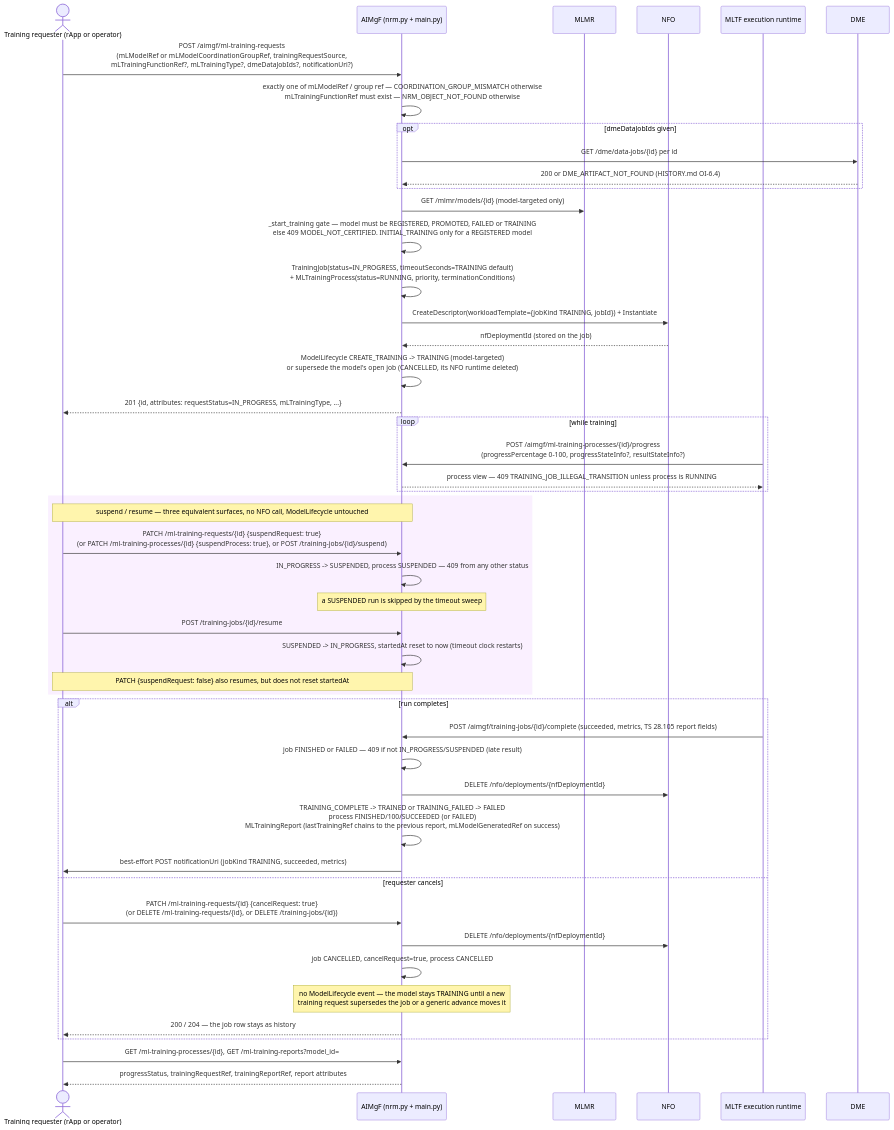
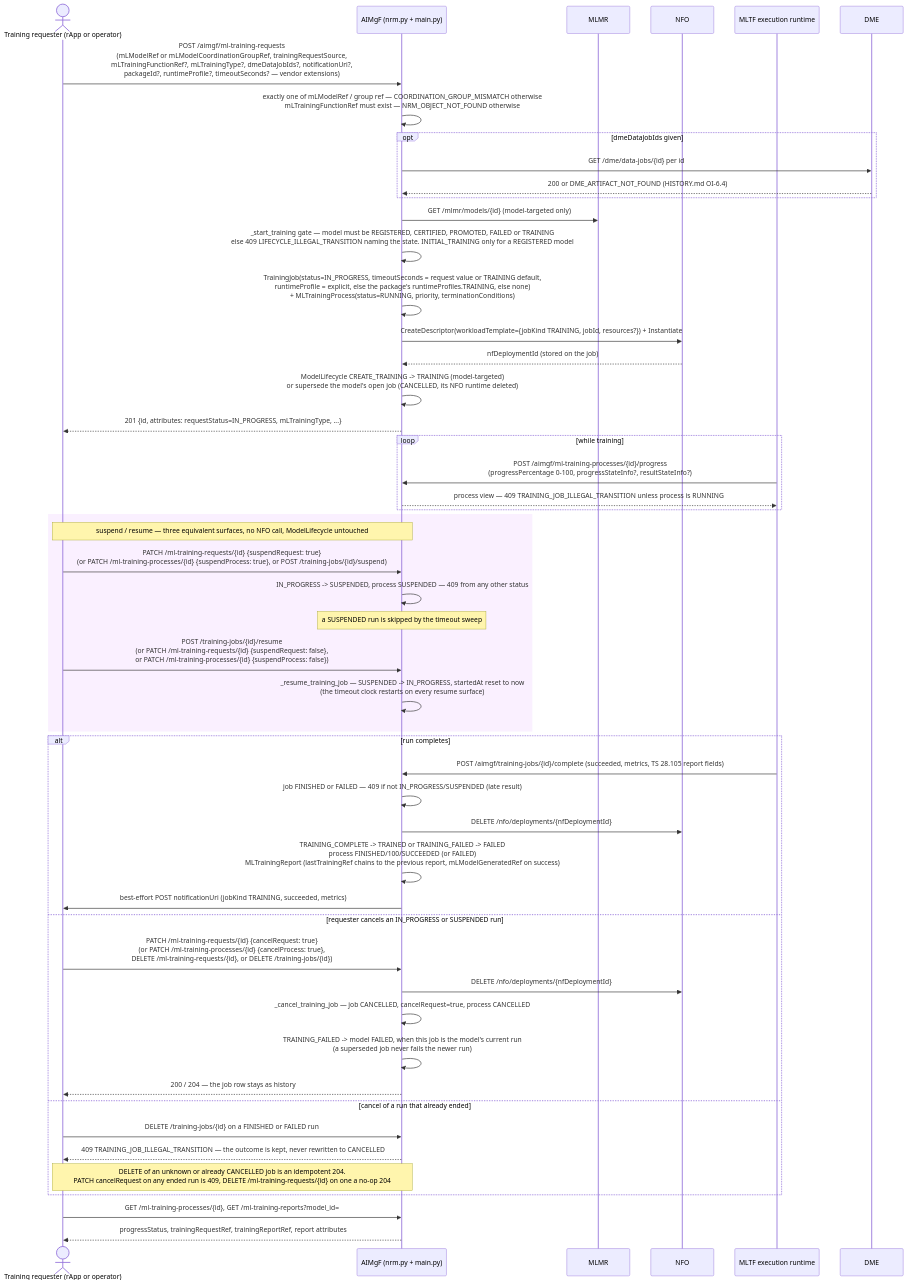
The first of 4 diagrams in smo/docs/call-flows/27-ts28105-provisioning-resources.md (rsys-bshankar/ai-ran-ref), drawn with Mermaid before and after one commit. The commit also changed other lines of this file and 46 other files, not shown here.

````diff
--- a/smo/docs/call-flows/27-ts28105-provisioning-resources.md
+++ b/smo/docs/call-flows/27-ts28105-provisioning-resources.md
@@ -25,55 +25,58 @@
 ```mermaid
 sequenceDiagram
     actor Requester as Training requester (rApp or operator)
     participant AIMgF as AIMgF (nrm.py + main.py)
     participant MLMR as MLMR
     participant NFO as NFO
     participant MLTF as MLTF execution runtime
     participant DME as DME
 
-    Requester->>AIMgF: POST /aimgf/ml-training-requests<br/>(mLModelRef or mLModelCoordinationGroupRef, trainingRequestSource,<br/>mLTrainingFunctionRef?, mLTrainingType?, dmeDataJobIds?, notificationUri?)
+    Requester->>AIMgF: POST /aimgf/ml-training-requests<br/>(mLModelRef or mLModelCoordinationGroupRef, trainingRequestSource,<br/>mLTrainingFunctionRef?, mLTrainingType?, dmeDataJobIds?, notificationUri?,<br/>packageId?, runtimeProfile?, timeoutSeconds? — vendor extensions)
     AIMgF->>AIMgF: exactly one of mLModelRef / group ref — COORDINATION_GROUP_MISMATCH otherwise<br/>mLTrainingFunctionRef must exist — NRM_OBJECT_NOT_FOUND otherwise
     opt dmeDataJobIds given
         AIMgF->>DME: GET /dme/data-jobs/{id} per id
         DME-->>AIMgF: 200 or DME_ARTIFACT_NOT_FOUND (HISTORY.md OI-6.4)
     end
     AIMgF->>MLMR: GET /mlmr/models/{id} (model-targeted only)
-    AIMgF->>AIMgF: _start_training gate — model must be REGISTERED, PROMOTED, FAILED or TRAINING<br/>else 409 MODEL_NOT_CERTIFIED. INITIAL_TRAINING only for a REGISTERED model
-    AIMgF->>AIMgF: TrainingJob(status=IN_PROGRESS, timeoutSeconds=TRAINING default)<br/>+ MLTrainingProcess(status=RUNNING, priority, terminationConditions)
-    AIMgF->>NFO: CreateDescriptor(workloadTemplate={jobKind TRAINING, jobId}) + Instantiate
+    AIMgF->>AIMgF: _start_training gate — model must be REGISTERED, CERTIFIED, PROMOTED, FAILED or TRAINING<br/>else 409 LIFECYCLE_ILLEGAL_TRANSITION naming the state. INITIAL_TRAINING only for a REGISTERED model
+    AIMgF->>AIMgF: TrainingJob(status=IN_PROGRESS, timeoutSeconds = request value or TRAINING default,<br/>runtimeProfile = explicit, else the package's runtimeProfiles.TRAINING, else none)<br/>+ MLTrainingProcess(status=RUNNING, priority, terminationConditions)
+    AIMgF->>NFO: CreateDescriptor(workloadTemplate={jobKind TRAINING, jobId, resources?}) + Instantiate
     NFO-->>AIMgF: nfDeploymentId (stored on the job)
     AIMgF->>AIMgF: ModelLifecycle CREATE_TRAINING -> TRAINING (model-targeted)<br/>or supersede the model's open job (CANCELLED, its NFO runtime deleted)
     AIMgF-->>Requester: 201 {id, attributes: requestStatus=IN_PROGRESS, mLTrainingType, ...}
 
     loop while training
         MLTF->>AIMgF: POST /aimgf/ml-training-processes/{id}/progress<br/>(progressPercentage 0-100, progressStateInfo?, resultStateInfo?)
         AIMgF-->>MLTF: process view — 409 TRAINING_JOB_ILLEGAL_TRANSITION unless process is RUNNING
     end
 
     rect rgb(250, 240, 255)
     Note over Requester,AIMgF: suspend / resume — three equivalent surfaces, no NFO call, ModelLifecycle untouched
     Requester->>AIMgF: PATCH /ml-training-requests/{id} {suspendRequest: true}<br/>(or PATCH /ml-training-processes/{id} {suspendProcess: true}, or POST /training-jobs/{id}/suspend)
     AIMgF->>AIMgF: IN_PROGRESS -> SUSPENDED, process SUSPENDED — 409 from any other status
     Note over AIMgF: a SUSPENDED run is skipped by the timeout sweep
-    Requester->>AIMgF: POST /training-jobs/{id}/resume
-    AIMgF->>AIMgF: SUSPENDED -> IN_PROGRESS, startedAt reset to now (timeout clock restarts)
-    Note over Requester,AIMgF: PATCH {suspendRequest: false} also resumes, but does not reset startedAt
+    Requester->>AIMgF: POST /training-jobs/{id}/resume<br/>(or PATCH /ml-training-requests/{id} {suspendRequest: false},<br/>or PATCH /ml-training-processes/{id} {suspendProcess: false})
+    AIMgF->>AIMgF: _resume_training_job — SUSPENDED -> IN_PROGRESS, startedAt reset to now<br/>(the timeout clock restarts on every resume surface)
     end
 
     alt run completes
         MLTF->>AIMgF: POST /aimgf/training-jobs/{id}/complete (succeeded, metrics, TS 28.105 report fields)
         AIMgF->>AIMgF: job FINISHED or FAILED — 409 if not IN_PROGRESS/SUSPENDED (late result)
         AIMgF->>NFO: DELETE /nfo/deployments/{nfDeploymentId}
         AIMgF->>AIMgF: TRAINING_COMPLETE -> TRAINED or TRAINING_FAILED -> FAILED<br/>process FINISHED/100/SUCCEEDED (or FAILED)<br/>MLTrainingReport (lastTrainingRef chains to the previous report, mLModelGeneratedRef on success)
         AIMgF->>Requester: best-effort POST notificationUri (jobKind TRAINING, succeeded, metrics)
-    else requester cancels
-        Requester->>AIMgF: PATCH /ml-training-requests/{id} {cancelRequest: true}<br/>(or DELETE /ml-training-requests/{id}, or DELETE /training-jobs/{id})
+    else requester cancels an IN_PROGRESS or SUSPENDED run
+        Requester->>AIMgF: PATCH /ml-training-requests/{id} {cancelRequest: true}<br/>(or PATCH /ml-training-processes/{id} {cancelProcess: true},<br/>DELETE /ml-training-requests/{id}, or DELETE /training-jobs/{id})
         AIMgF->>NFO: DELETE /nfo/deployments/{nfDeploymentId}
-        AIMgF->>AIMgF: job CANCELLED, cancelRequest=true, process CANCELLED
-        Note over AIMgF: no ModelLifecycle event — the model stays TRAINING until a new<br/>training request supersedes the job or a generic advance moves it
+        AIMgF->>AIMgF: _cancel_training_job — job CANCELLED, cancelRequest=true, process CANCELLED
+        AIMgF->>AIMgF: TRAINING_FAILED -> model FAILED, when this job is the model's current run<br/>(a superseded job never fails the newer run)
         AIMgF-->>Requester: 200 / 204 — the job row stays as history
+    else cancel of a run that already ended
+        Requester->>AIMgF: DELETE /training-jobs/{id} on a FINISHED or FAILED run
+        AIMgF-->>Requester: 409 TRAINING_JOB_ILLEGAL_TRANSITION — the outcome is kept, never rewritten to CANCELLED
+        Note over Requester,AIMgF: DELETE of an unknown or already CANCELLED job is an idempotent 204.<br/>PATCH cancelRequest on any ended run is 409, DELETE /ml-training-requests/{id} on one a no-op 204
     end
 
     Requester->>AIMgF: GET /ml-training-processes/{id}, GET /ml-training-reports?model_id=
     AIMgF-->>Requester: progressStatus, trainingRequestRef, trainingReportRef, report attributes
 ```
````
